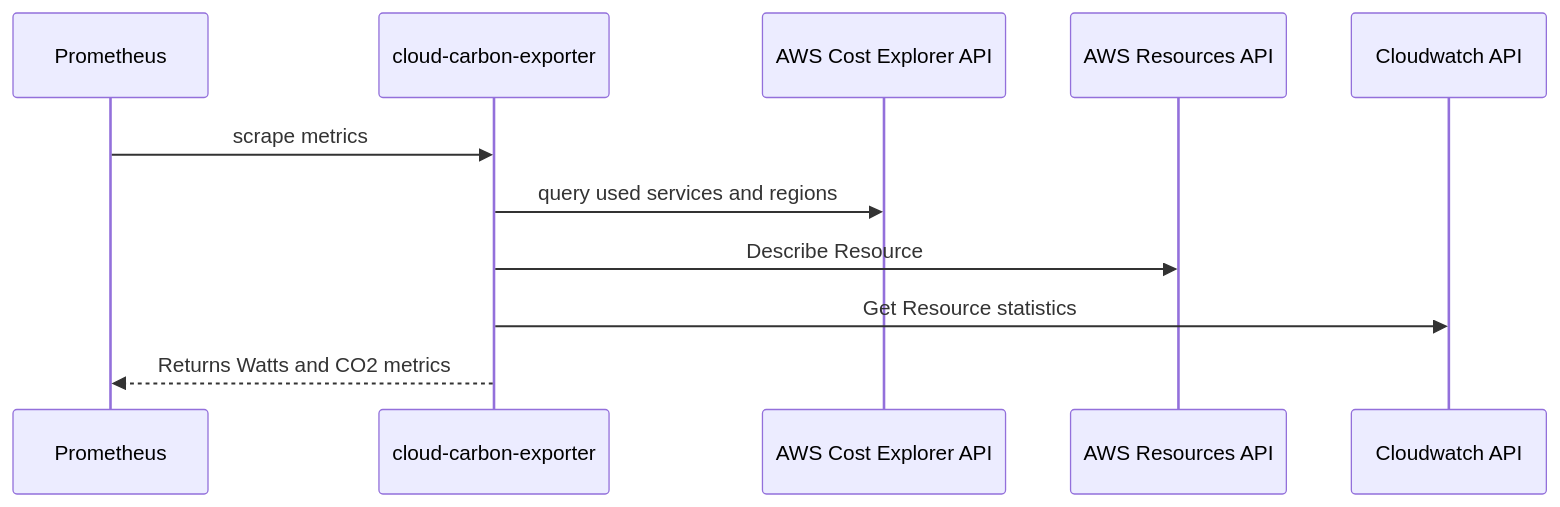
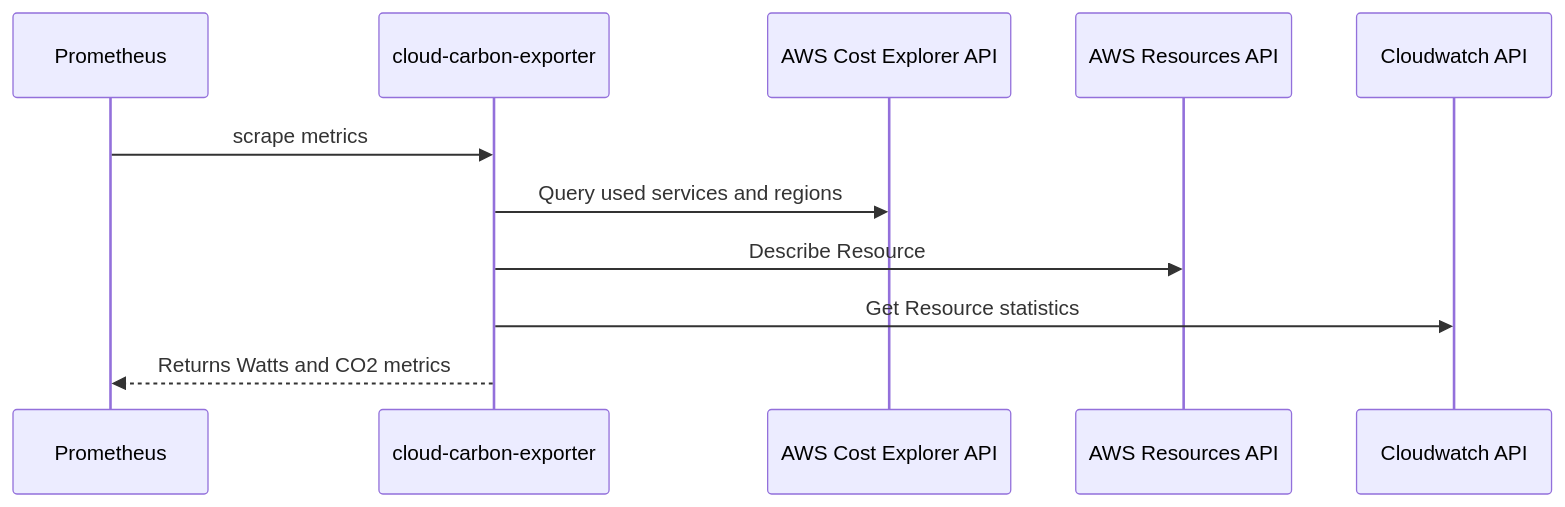
One commit to superdango/cloud-carbon-exporter changed the second of 3 diagrams in README.md. Above: the diagram before and after it, drawn with Mermaid. The commit also changed other lines of this file and 2 other files, not shown here.

````diff
--- a/README.md
+++ b/README.md
@@ -13,8 +89,8 @@
 ```mermaid
       sequenceDiagram
             Prometheus->>cloud-carbon-exporter: scrape metrics
-            cloud-carbon-exporter->>AWS Cost Explorer API: query used services and regions
+            cloud-carbon-exporter->>AWS Cost Explorer API: Query used services and regions
             cloud-carbon-exporter->>AWS Resources API: Describe Resource
             cloud-carbon-exporter->>Cloudwatch API: Get Resource statistics
             cloud-carbon-exporter-->>Prometheus: Returns Watts and CO2 metrics
 ```
````
